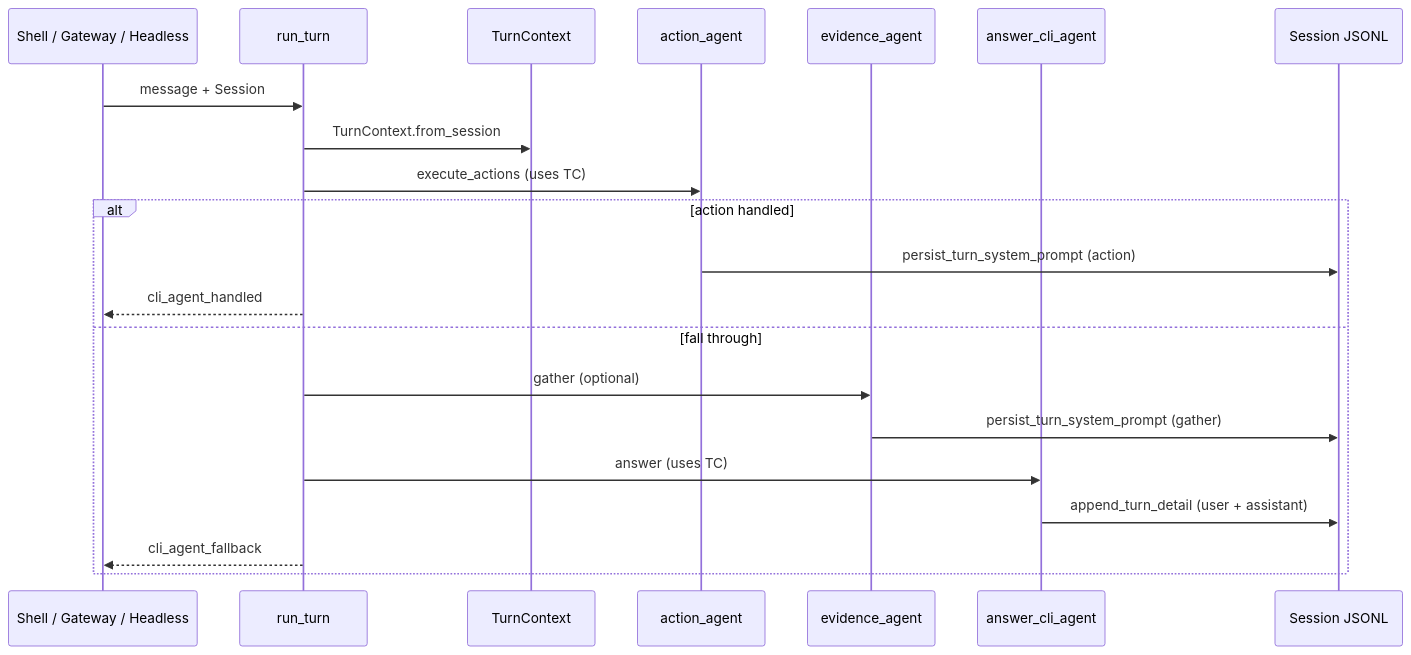
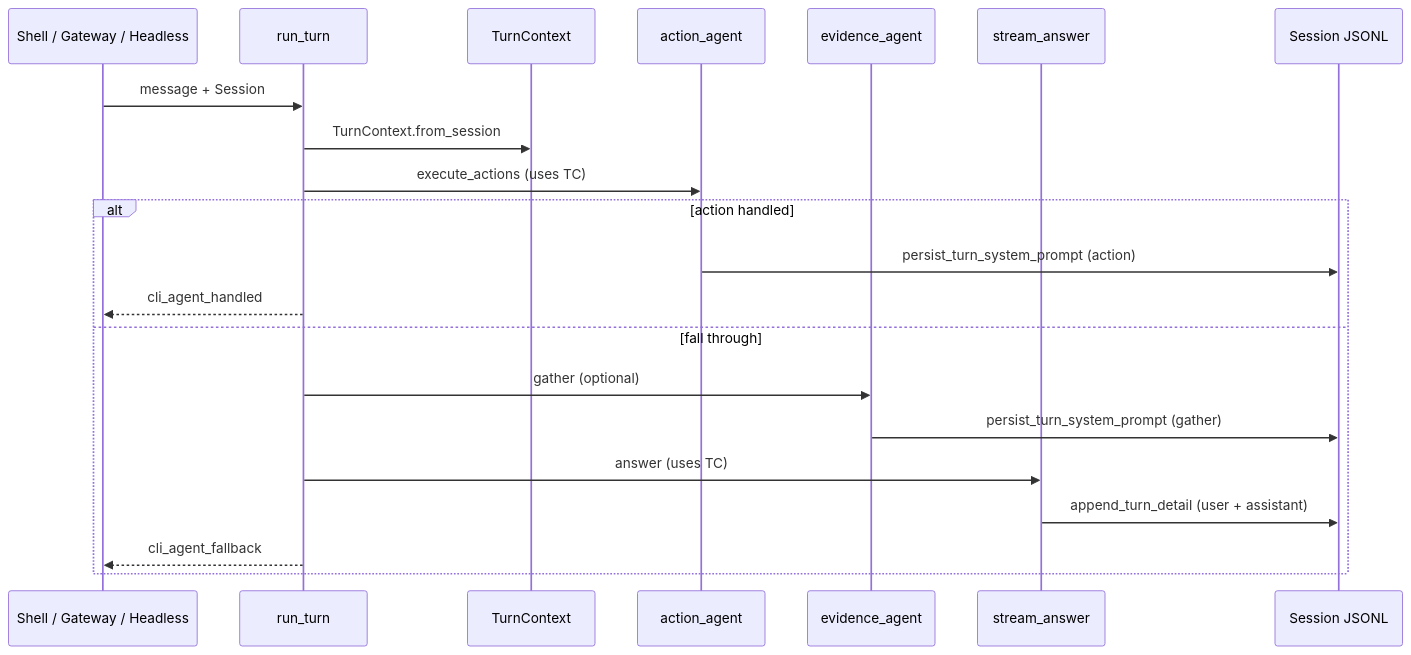
Before and after one commit to Tracer-Cloud/open-sre-agent: the second of 2 diagrams in docs/agent-context-data-stores.md, drawn with Mermaid. The commit also changed other lines of this file and 4 other files, not shown here.

Commit message:
refactor(agent_harness): rename streaming entrypoint to stream_answer; name the two agent shapes (#3615)

````diff
--- a/docs/agent-context-data-stores.md
+++ b/docs/agent-context-data-stores.md
@@ -101,24 +101,24 @@
 ```mermaid
 sequenceDiagram
     participant Surface as Shell / Gateway / Headless
     participant TO as run_turn
     participant TC as TurnContext
     participant Action as action_agent
     participant Gather as evidence_agent
-    participant Answer as answer_cli_agent
+    participant Answer as stream_answer
     participant JSONL as Session JSONL
 
     Surface->>TO: message + Session
     TO->>TC: TurnContext.from_session
     TO->>Action: execute_actions (uses TC)
     alt action handled
         Action->>JSONL: persist_turn_system_prompt (action)
         TO-->>Surface: cli_agent_handled
     else fall through
         TO->>Gather: gather (optional)
         Gather->>JSONL: persist_turn_system_prompt (gather)
         TO->>Answer: answer (uses TC)
         Answer->>JSONL: append_turn_detail (user + assistant)
         TO-->>Surface: cli_agent_fallback
     end
 ```
````
